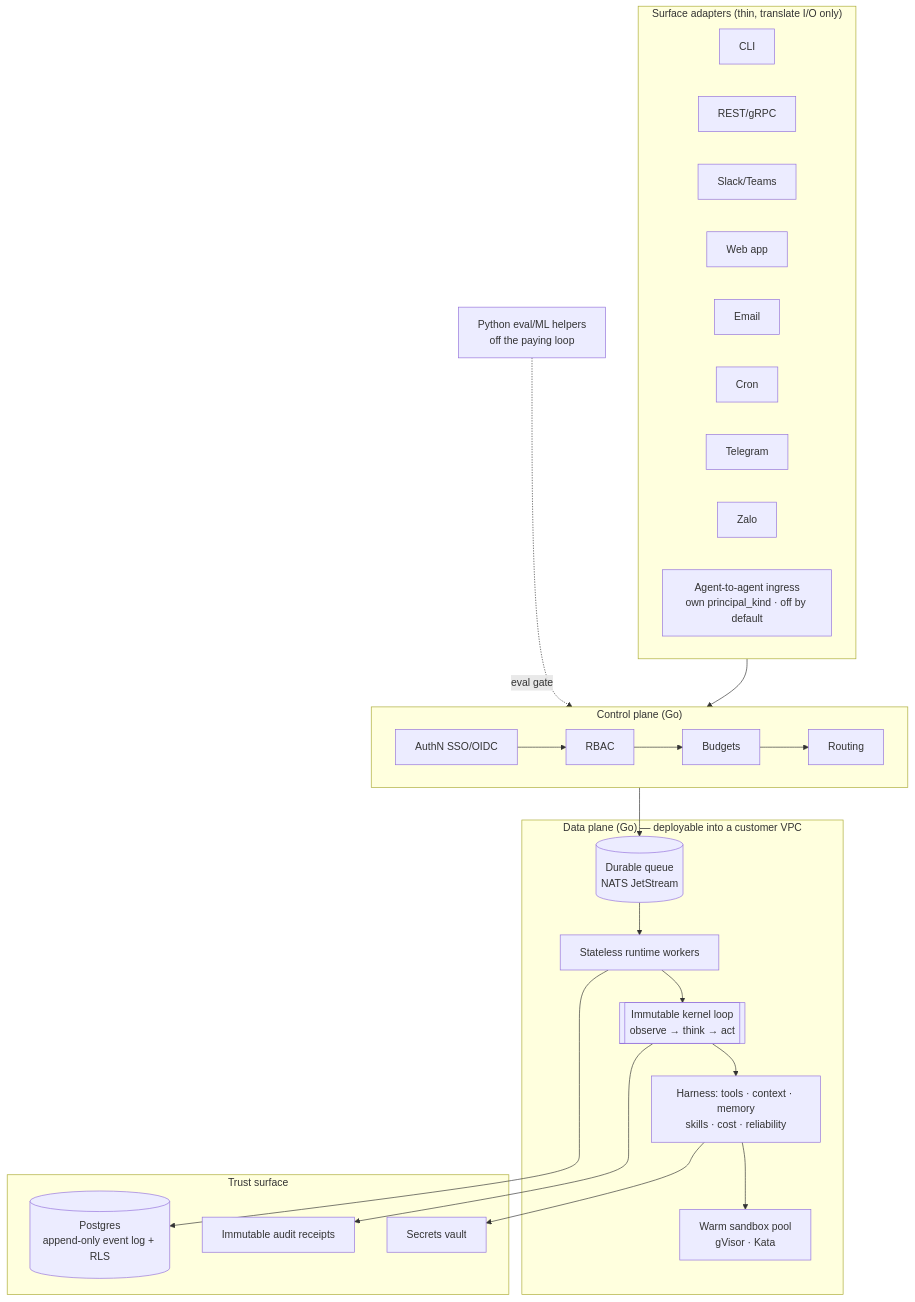
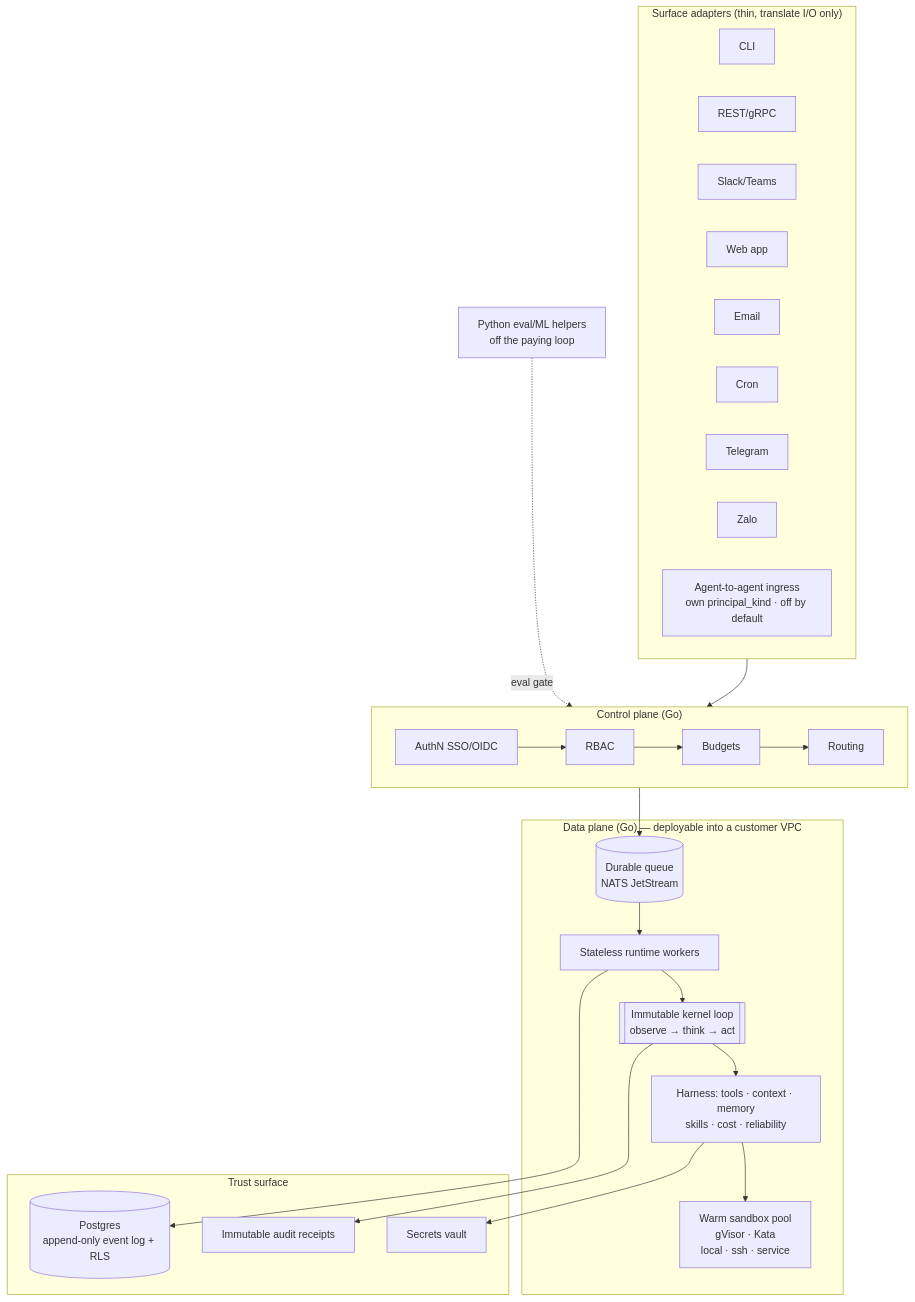
The diagram in README.md (truongpx396/nexus-agent), drawn with Mermaid before and after one commit. The commit also changed other lines of this file and 9 other files, not shown here.

First line of the commit message:
docs(spec): add the executor axis — ssh placement and optional OpenSandbox

````diff
--- a/README.md
+++ b/README.md
@@ -74,33 +74,33 @@
 ```mermaid
 flowchart TB
     subgraph Surfaces["Surface adapters (thin, translate I/O only)"]
         CLI[CLI] & API[REST/gRPC] & Chat[Slack/Teams] & Web[Web app]
         Email[Email] & Cron[Cron] & TG[Telegram] & Zalo[Zalo]
         A2A[Agent-to-agent ingress<br/>own principal_kind · off by default]
     end
 
     subgraph Control["Control plane (Go)"]
         Auth[AuthN SSO/OIDC] --> RBAC[RBAC] --> Budget[Budgets] --> Route[Routing]
     end
 
     subgraph DataPlane["Data plane (Go) — deployable into a customer VPC"]
         Queue[(Durable queue<br/>NATS JetStream)]
         Worker[Stateless runtime workers]
         Kernel[[Immutable kernel loop<br/>observe → think → act]]
         Harness[Harness: tools · context · memory<br/>skills · cost · reliability]
-        Sandbox[Warm sandbox pool<br/>gVisor · Kata]
+        Sandbox[Warm sandbox pool<br/>gVisor · Kata<br/>local · ssh · service]
     end
 
     subgraph Trust["Trust surface"]
         RLS[(Postgres<br/>append-only event log + RLS)]
         Vault[Secrets vault]
         Audit[Immutable audit receipts]
     end
 
     Surfaces --> Control --> Queue --> Worker --> Kernel --> Harness
     Harness --> Sandbox
     Worker --> RLS
     Harness --> Vault
     Kernel --> Audit
     MLPython[Python eval/ML helpers<br/>off the paying loop] -.eval gate.-> Control
 ```
````
